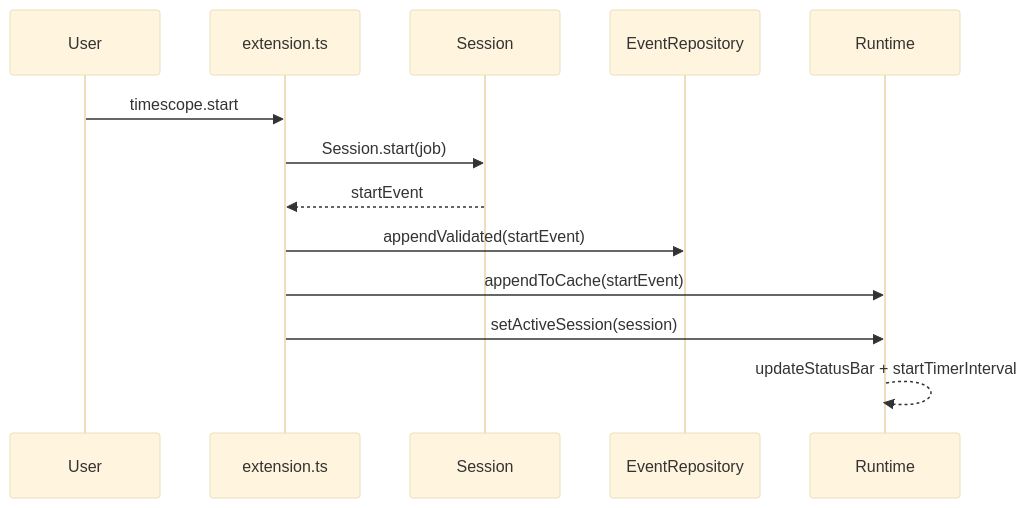
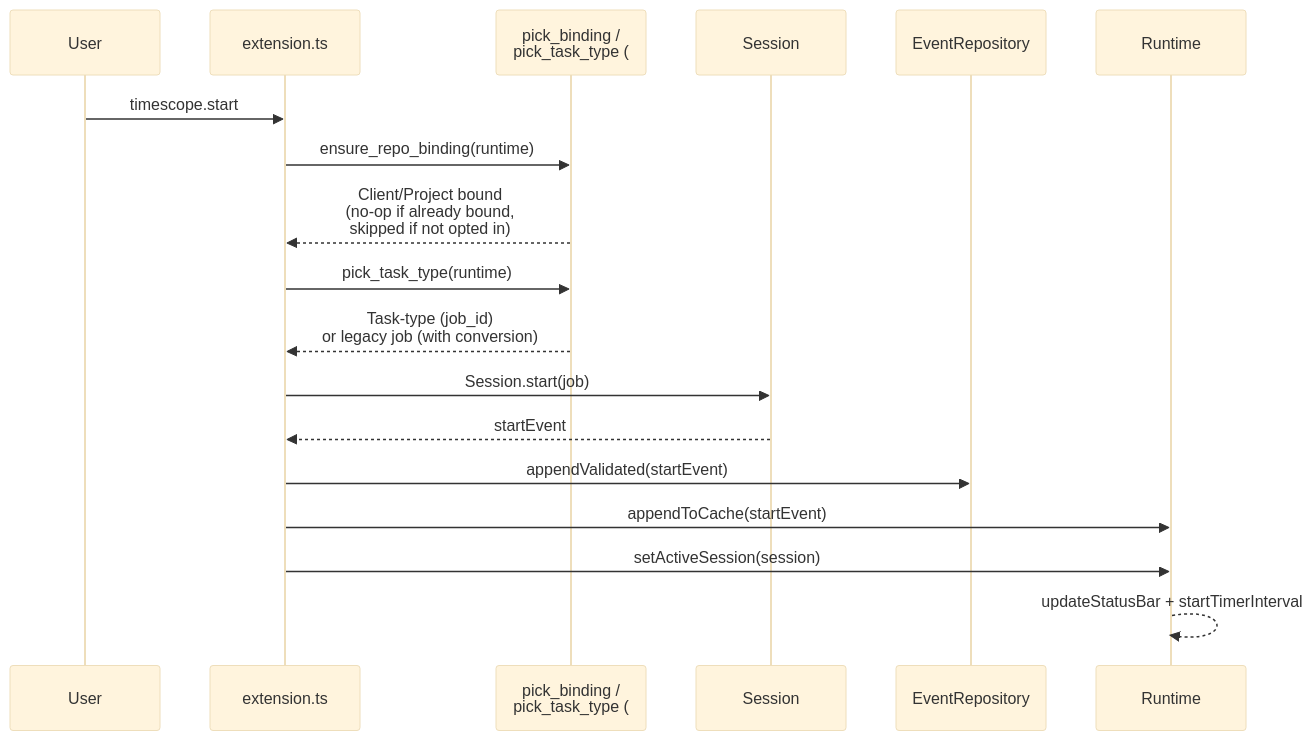
The third of 8 diagrams in docs/processes.md (Heliman84/timescope), drawn with Mermaid (base theme) before and after one commit. The commit also changed other lines of this file and 5 other files, not shown here.

Commit message:
docs(#15): CHANGELOG, processes diagrams, dev-log retrospective, wiki curation

````diff
--- a/docs/processes.md
+++ b/docs/processes.md
@@ -73,16 +73,21 @@
 ```mermaid
 sequenceDiagram
     participant User
     participant Ext as extension.ts
+    participant Bind as pick_binding /<br>pick_task_type (#15)
     participant Sess as Session
     participant Repo as EventRepository
     participant RT as Runtime
 
     User->>Ext: timescope.start
+    Ext->>Bind: ensure_repo_binding(runtime)
+    Bind-->>Ext: Client/Project bound<br>(no-op if already bound,<br>skipped if not opted in)
+    Ext->>Bind: pick_task_type(runtime)
+    Bind-->>Ext: Task-type (job_id)<br>or legacy job (with conversion)
     Ext->>Sess: Session.start(job)
     Sess-->>Ext: startEvent
     Ext->>Repo: appendValidated(startEvent)
     Ext->>RT: appendToCache(startEvent)
     Ext->>RT: setActiveSession(session)
     RT-->>RT: updateStatusBar + startTimerInterval
 ```
````
